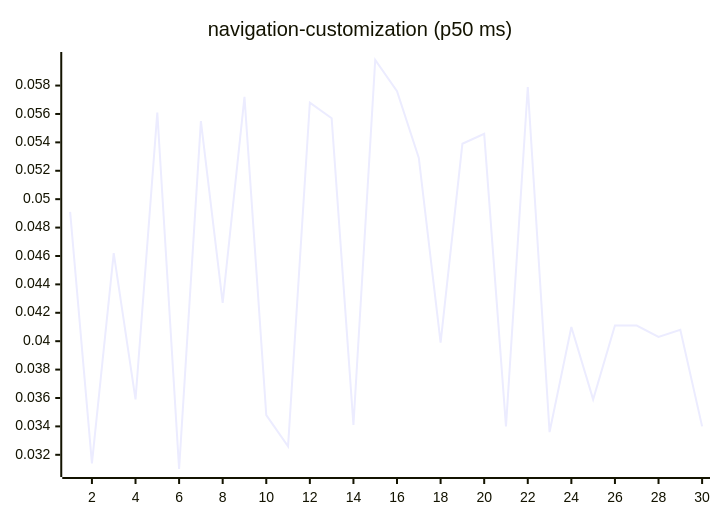
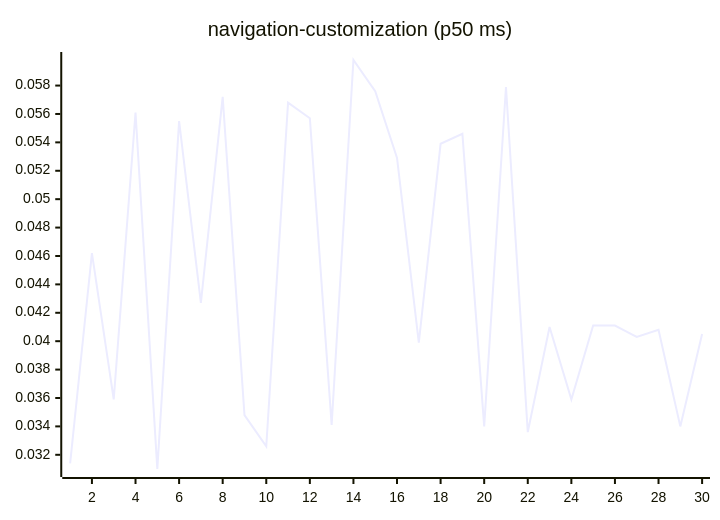
Diagram 15 of 27 in README.md (josha/Facet), drawn with Mermaid before and after one commit. The commit also changed other lines of this file and 2 other files, not shown here.

````diff
--- a/README.md
+++ b/README.md
@@ -161,6 +161,6 @@
 ```mermaid
 xychart-beta
     title "navigation-customization (p50 ms)"
     x-axis 1 --> 30
-    line [0.0491, 0.0314, 0.0462, 0.0359, 0.0561, 0.0310, 0.0555, 0.0427, 0.0572, 0.0348, 0.0326, 0.0568, 0.0557, 0.0341, 0.0598, 0.0576, 0.0529, 0.0399, 0.0539, 0.0546, 0.0340, 0.0579, 0.0336, 0.0410, 0.0359, 0.0411, 0.0411, 0.0403, 0.0408, 0.0340]
+    line [0.0314, 0.0462, 0.0359, 0.0561, 0.0310, 0.0555, 0.0427, 0.0572, 0.0348, 0.0326, 0.0568, 0.0557, 0.0341, 0.0598, 0.0576, 0.0529, 0.0399, 0.0539, 0.0546, 0.0340, 0.0579, 0.0336, 0.0410, 0.0359, 0.0411, 0.0411, 0.0403, 0.0408, 0.0340, 0.0405]
 ```
````
